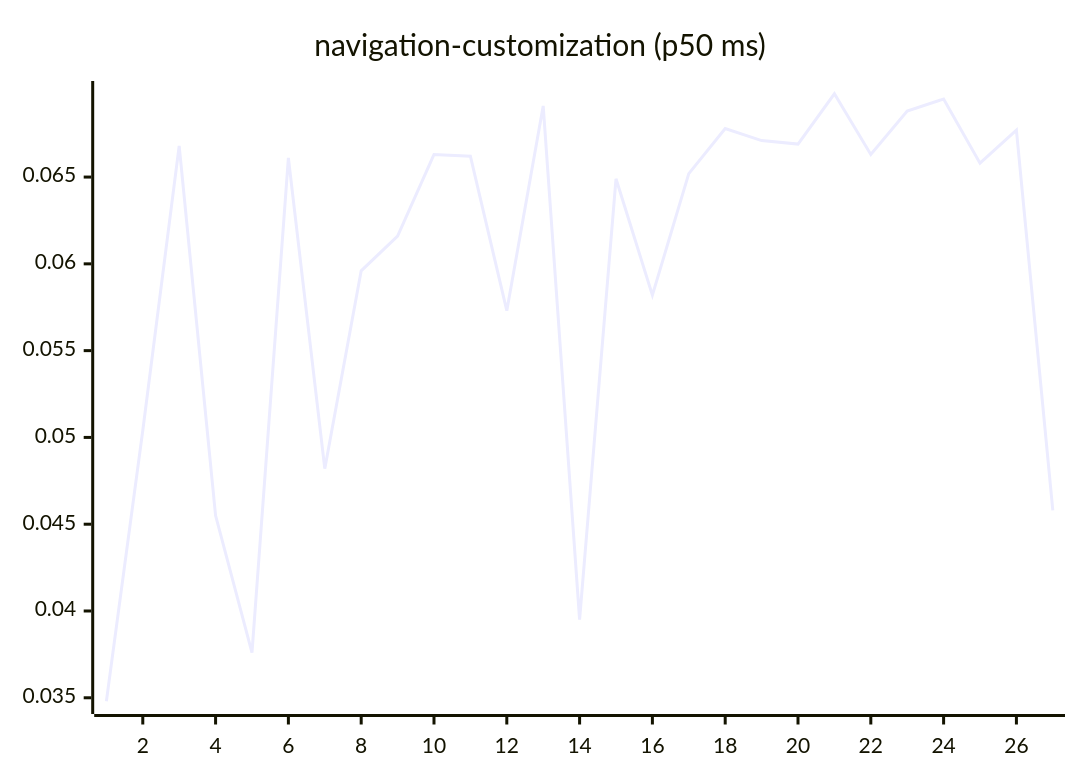
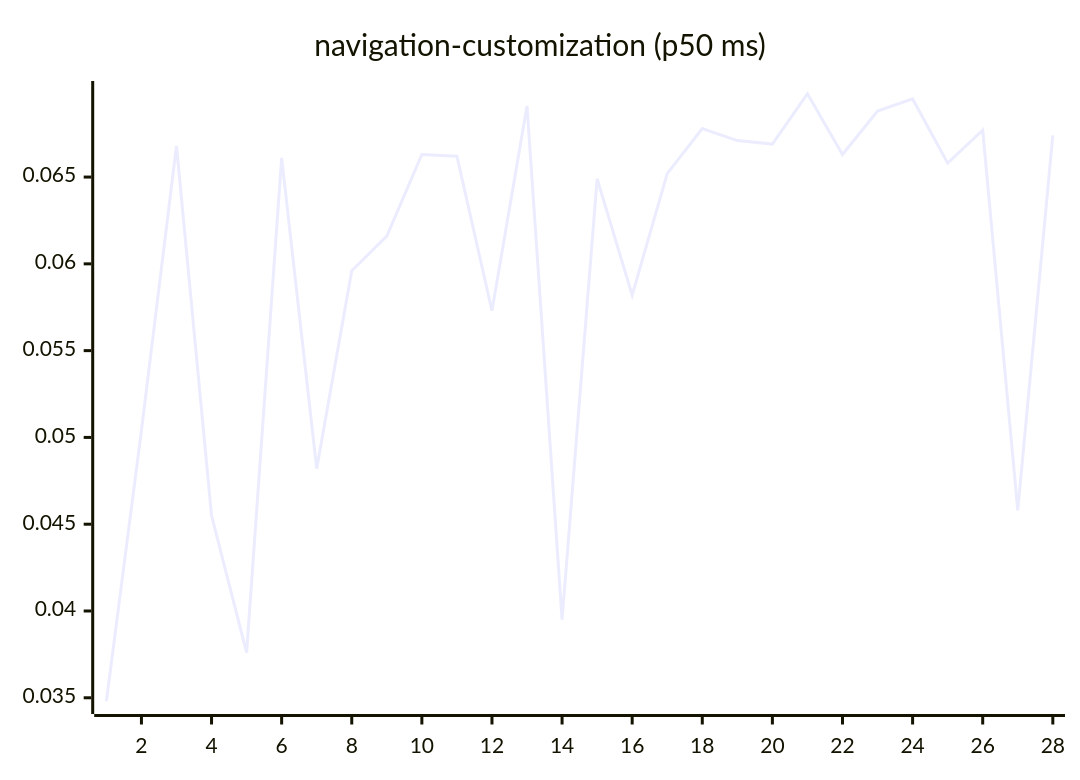
One commit to josha/Facet changed diagram 15 of 27 in README.md. Above: the diagram before and after it, drawn with Mermaid. The commit also changed other lines of this file and 2 other files, not shown here.

````diff
--- a/README.md
+++ b/README.md
@@ -161,6 +161,6 @@
 ```mermaid
 xychart-beta
     title "navigation-customization (p50 ms)"
-    x-axis 1 --> 27
-    line [0.0348, 0.0504, 0.0668, 0.0455, 0.0376, 0.0661, 0.0482, 0.0596, 0.0616, 0.0663, 0.0662, 0.0573, 0.0691, 0.0395, 0.0649, 0.0582, 0.0652, 0.0678, 0.0671, 0.0669, 0.0698, 0.0663, 0.0688, 0.0695, 0.0658, 0.0677, 0.0458]
+    x-axis 1 --> 28
+    line [0.0348, 0.0504, 0.0668, 0.0455, 0.0376, 0.0661, 0.0482, 0.0596, 0.0616, 0.0663, 0.0662, 0.0573, 0.0691, 0.0395, 0.0649, 0.0582, 0.0652, 0.0678, 0.0671, 0.0669, 0.0698, 0.0663, 0.0688, 0.0695, 0.0658, 0.0677, 0.0458, 0.0674]
 ```
````
